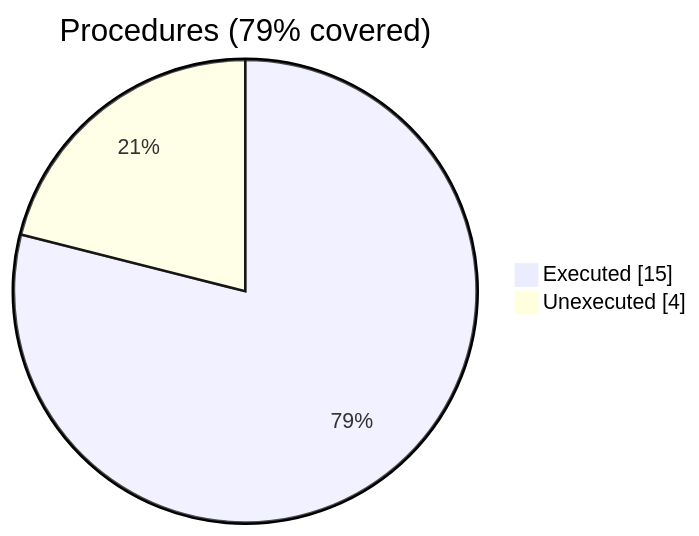
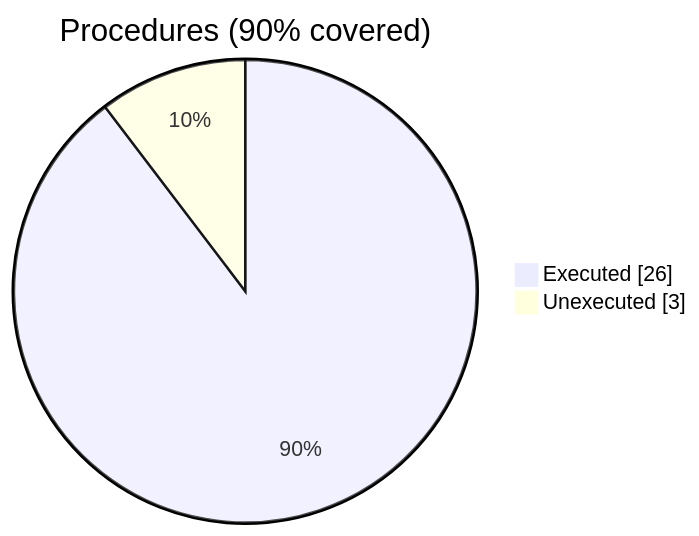
The fourth of 6 diagrams in docs/guide/coverage-analysis.md (szaghi/FiNeR), drawn with Mermaid before and after one commit. The commit also changed other lines of this file and 10 other files, not shown here.

````diff
--- a/docs/guide/coverage-analysis.md
+++ b/docs/guide/coverage-analysis.md
@@ -57,6 +57,6 @@
 ```mermaid
 pie showData
-    title Procedures (79% covered)
-    "Executed" : 15
-    "Unexecuted" : 4
+    title Procedures (90% covered)
+    "Executed" : 26
+    "Unexecuted" : 3
 ```
````
